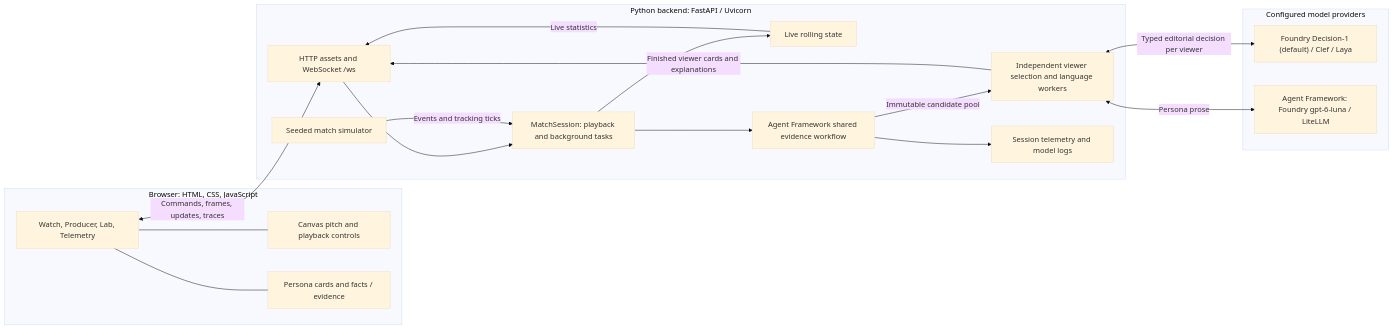
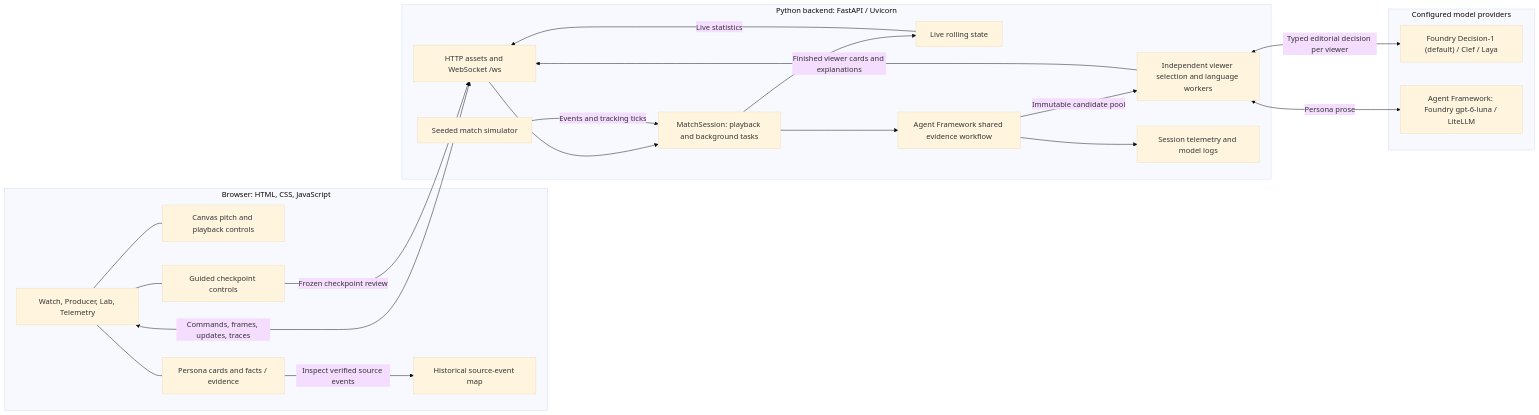
The first of 4 diagrams in ARCHITECTURE.md (shantanu1singh/matchos), drawn with Mermaid (base theme) before and after one commit. The commit also changed other lines of this file and 12 other files, not shown here.

````diff
--- a/ARCHITECTURE.md
+++ b/ARCHITECTURE.md
@@ -9,37 +9,42 @@
 ```mermaid
 flowchart LR
     subgraph Browser["Browser: HTML, CSS, JavaScript"]
         UI["Watch, Producer, Lab, Telemetry"]
         Pitch["Canvas pitch and playback controls"]
         Views["Persona cards and facts / evidence"]
+        Demo["Guided checkpoint controls"]
+        EvidenceMap["Historical source-event map"]
         UI --- Pitch
         UI --- Views
+        UI --- Demo
+        Views -->|"Inspect verified source events"| EvidenceMap
     end
 
     subgraph Backend["Python backend: FastAPI / Uvicorn"]
         Server["HTTP assets and WebSocket /ws"]
         Session["MatchSession: playback and background tasks"]
         Simulator["Seeded match simulator"]
         LiveState["Live rolling state"]
         Workflow["Agent Framework shared evidence workflow"]
         Viewers["Independent viewer selection and language workers"]
         Traces["Session telemetry and model logs"]
         Server --> Session
         Simulator -->|"Events and tracking ticks"| Session
         Session --> LiveState
         Session --> Workflow
         Workflow -->|"Immutable candidate pool"| Viewers
         Workflow --> Traces
     end
 
     subgraph Providers["Configured model providers"]
         Decision["Foundry Decision-1 (default) / Clef / Laya"]
         Language["Agent Framework: Foundry gpt-6-luna / LiteLLM"]
     end
 
     UI <-->|"Commands, frames, updates, traces"| Server
+    Demo -->|"Frozen checkpoint review"| Server
     LiveState -->|"Live statistics"| Server
     Viewers -->|"Finished viewer cards and explanations"| Server
     Viewers <-->|"Typed editorial decision per viewer"| Decision
     Viewers <-->|"Persona prose"| Language
 ```
````
